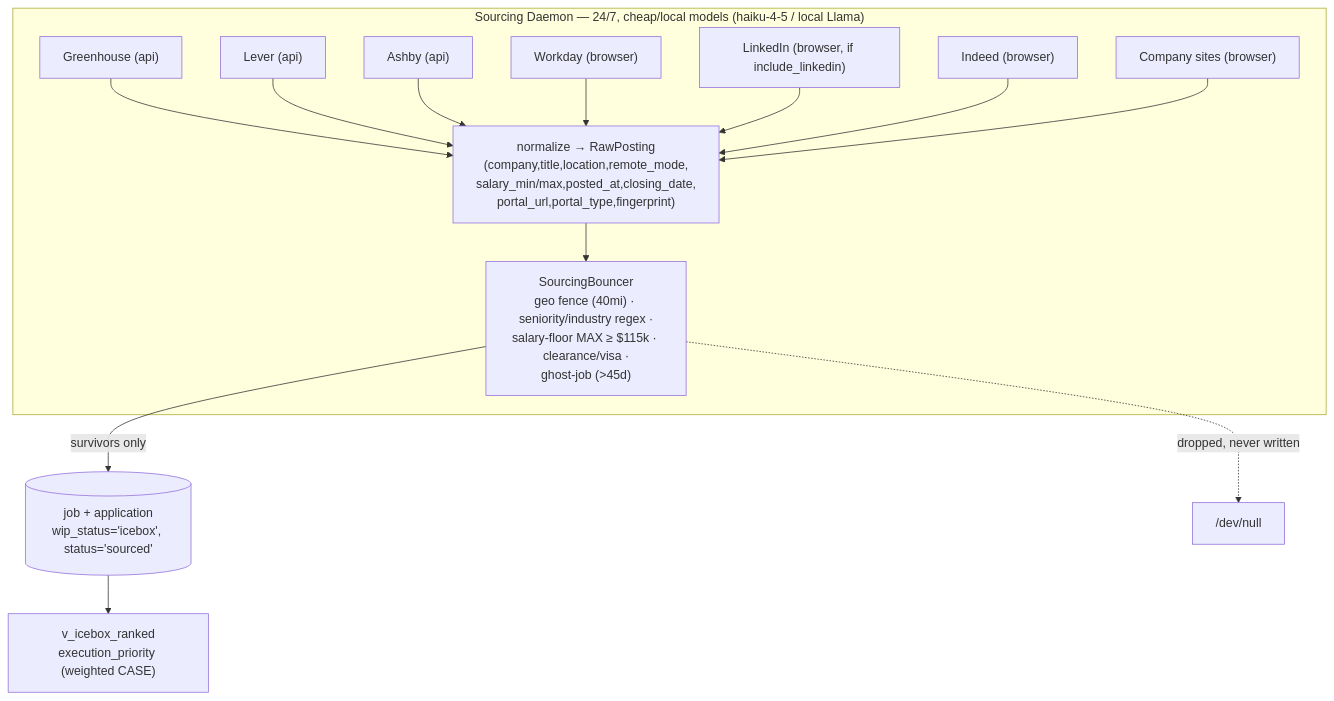
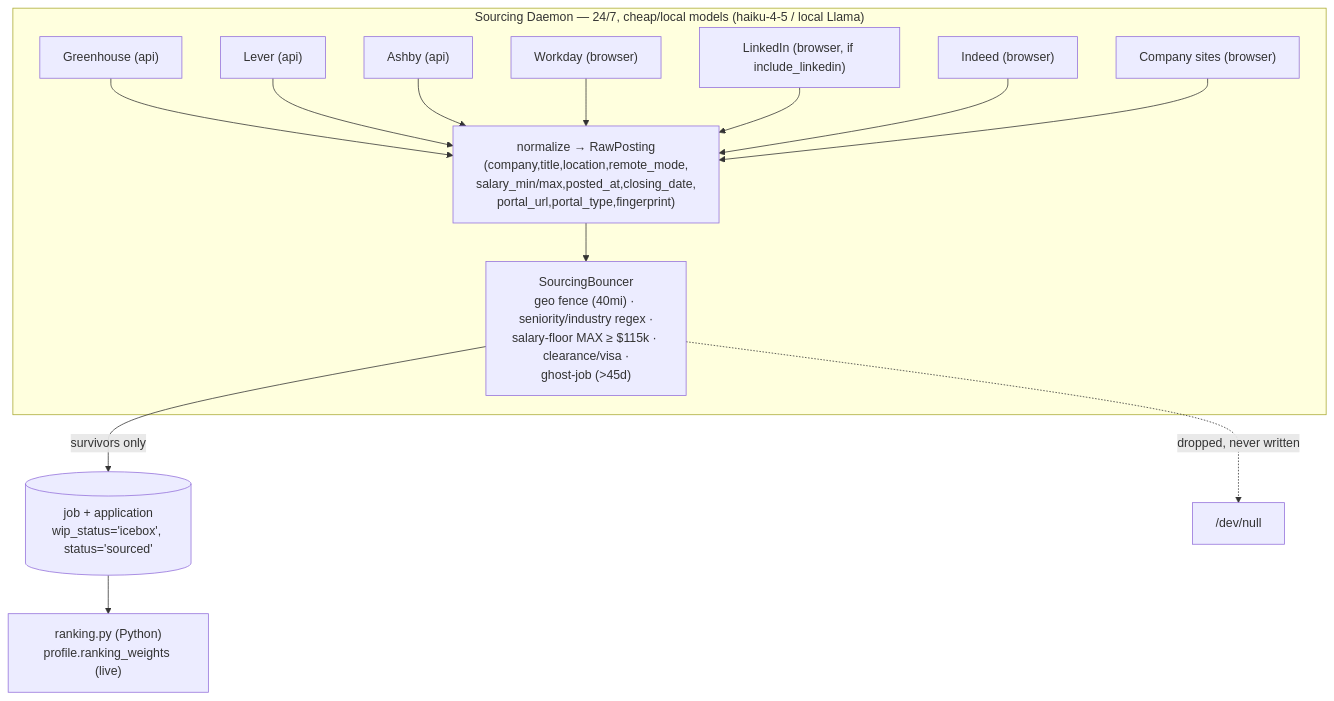
The second of 2 diagrams in docs/CONNECTORS.md (kristenmartino/aeroapply), drawn with Mermaid before and after one commit. The commit also changed 13 other files, not shown here.

First line of the commit message:
Greenhouse read-only ingestion → Bouncer → Icebox → Python-ranked queue (#81)

````diff
--- a/docs/CONNECTORS.md
+++ b/docs/CONNECTORS.md
@@ -119,17 +119,17 @@
 ```mermaid
 flowchart TB
   subgraph SRC["Sourcing Daemon — 24/7, cheap/local models (haiku-4-5 / local Llama)"]
     GH["Greenhouse (api)"] --> NORM
     LV["Lever (api)"] --> NORM
     ASH["Ashby (api)"] --> NORM
     WD["Workday (browser)"] --> NORM
     LI["LinkedIn (browser, if include_linkedin)"] --> NORM
     IND["Indeed (browser)"] --> NORM
     CS["Company sites (browser)"] --> NORM
     NORM["normalize → RawPosting\n(company,title,location,remote_mode,\nsalary_min/max,posted_at,closing_date,\nportal_url,portal_type,fingerprint)"] --> BNC
     BNC["SourcingBouncer\ngeo fence (40mi) · seniority/industry regex ·\nsalary-floor MAX ≥ $115k · clearance/visa ·\nghost-job (>45d)"]
   end
   BNC -->|survivors only| ICE[("job + application\nwip_status='icebox', status='sourced'")]
   BNC -. dropped, never written .-> X["/dev/null"]
-  ICE --> RANK["v_icebox_ranked\nexecution_priority (weighted CASE)"]
+  ICE --> RANK["ranking.py (Python)\nprofile.ranking_weights (live)"]
 ```
````
